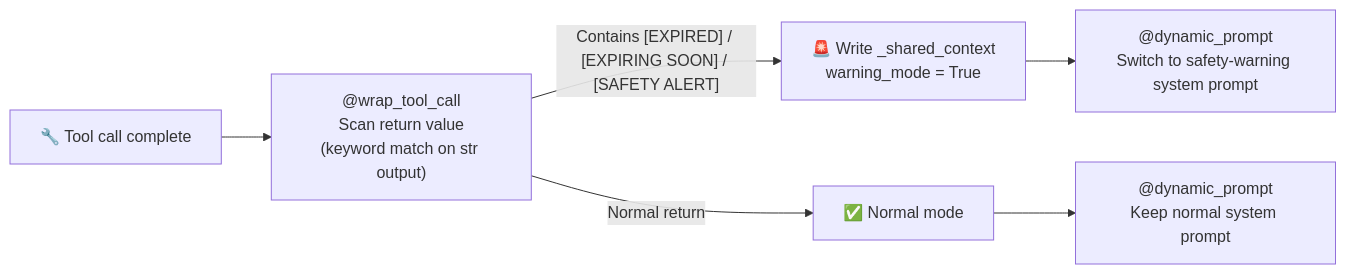
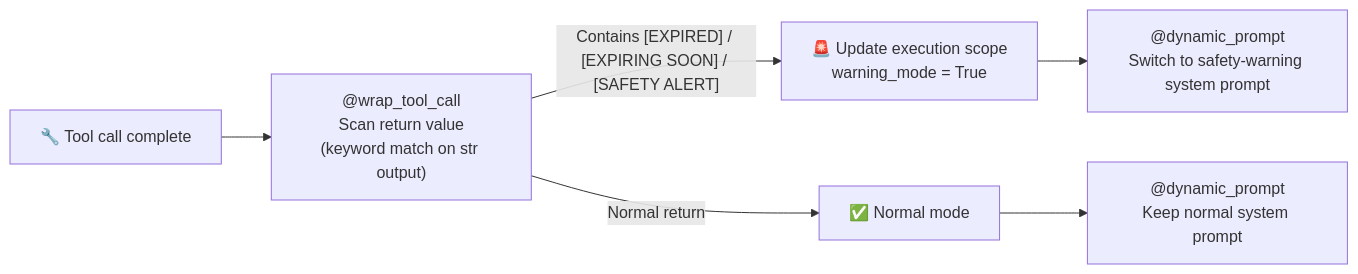
Before and after one commit to mahdi-gharbi/ai_chef_agent: the third of 7 diagrams in README.md, drawn with Mermaid. The commit also changed other lines of this file, not shown here.

````diff
--- a/README.md
+++ b/README.md
@@ -103,8 +106,8 @@
 ```mermaid
 flowchart LR
     TOOL["🔧 Tool call complete"] --> CHECK["@wrap_tool_call\nScan return value\n(keyword match on str output)"]
-    CHECK -->|"Contains [EXPIRED] / [EXPIRING SOON] / [SAFETY ALERT]"| WARN["🚨 Write _shared_context\nwarning_mode = True"]
+    CHECK -->|"Contains [EXPIRED] / [EXPIRING SOON] / [SAFETY ALERT]"| WARN["🚨 Update execution scope\nwarning_mode = True"]
     CHECK -->|"Normal return"| NORMAL["✅ Normal mode"]
     WARN --> PROMPT["@dynamic_prompt\nSwitch to safety-warning system prompt"]
     NORMAL --> PROMPT2["@dynamic_prompt\nKeep normal system prompt"]
 ```
````
